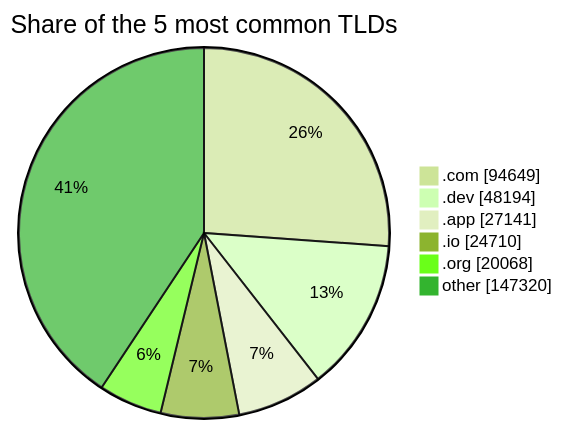
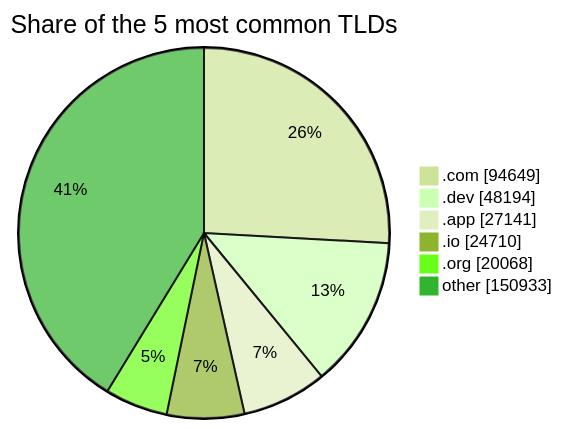
One commit to DNSBunker/CTI changed the third of 3 diagrams in README.md. Above: the diagram before and after it, drawn with Mermaid (forest theme). The commit also changed other lines of this file and 3 other files, not shown here.

````diff
--- a/README.md
+++ b/README.md
@@ -81,9 +81,9 @@
 ```mermaid
 pie showData title Share of the 5 most common TLDs
     ".com" : 94649
     ".dev" : 48194
     ".app" : 27141
     ".io" : 24710
     ".org" : 20068
-    "other" : 147320
+    "other" : 150933
 ```
````
